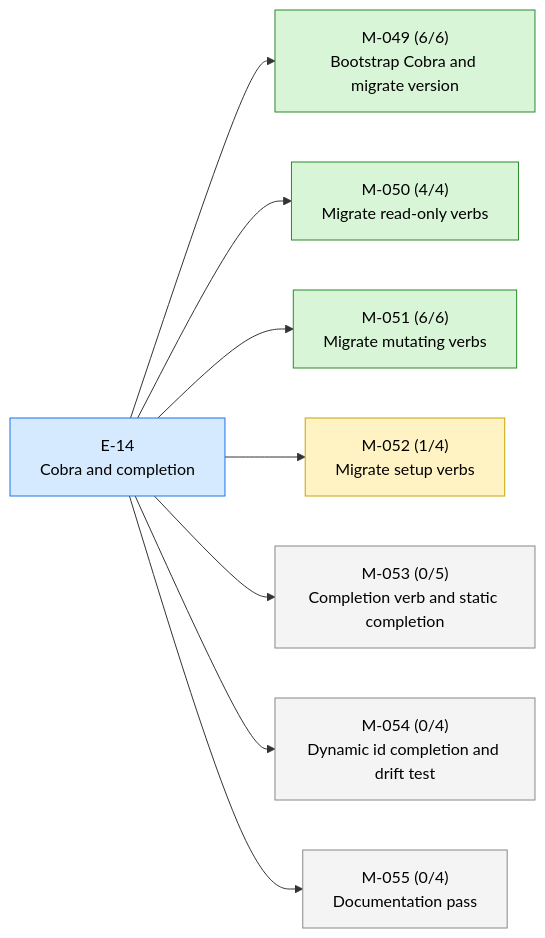
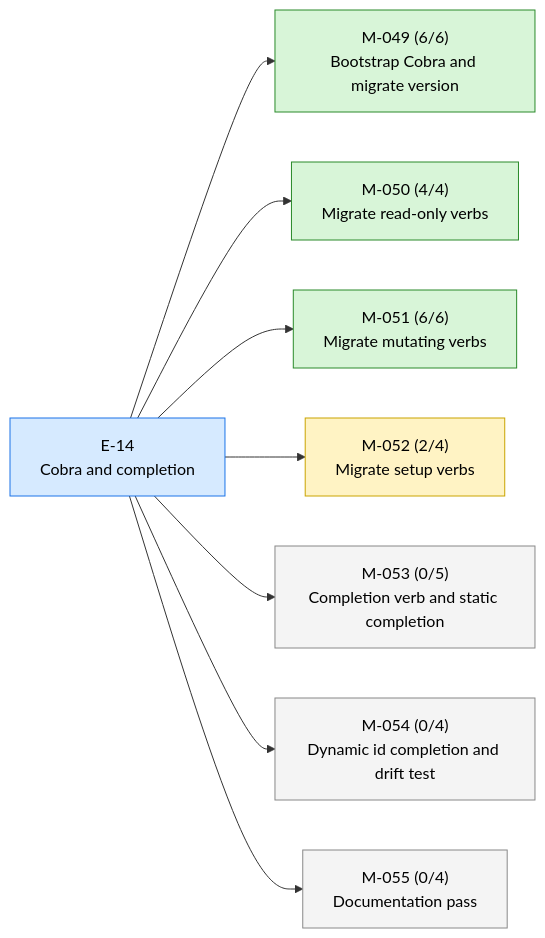
Before and after one commit to 23min/aiwf: the first of 2 diagrams in STATUS.md, drawn with Mermaid. The commit also changed other lines of this file and 1 other file, not shown here.

````diff
--- a/STATUS.md
+++ b/STATUS.md
@@ -17,24 +17,24 @@
 ```mermaid
 flowchart LR
   E_14["E-14<br/>Cobra and completion"]:::epic_active
   M_049["M-049 (6/6)<br/>Bootstrap Cobra and migrate version"]:::ms_done
   E_14 --> M_049
   M_050["M-050 (4/4)<br/>Migrate read-only verbs"]:::ms_done
   E_14 --> M_050
   M_051["M-051 (6/6)<br/>Migrate mutating verbs"]:::ms_done
   E_14 --> M_051
-  M_052["M-052 (1/4)<br/>Migrate setup verbs"]:::ms_in_progress
+  M_052["M-052 (2/4)<br/>Migrate setup verbs"]:::ms_in_progress
   E_14 --> M_052
   M_053["M-053 (0/5)<br/>Completion verb and static completion"]:::ms_draft
   E_14 --> M_053
   M_054["M-054 (0/4)<br/>Dynamic id completion and drift test"]:::ms_draft
   E_14 --> M_054
   M_055["M-055 (0/4)<br/>Documentation pass"]:::ms_draft
   E_14 --> M_055
   classDef epic_active fill:#d6eaff,stroke:#1a73e8,color:#000
   classDef epic_proposed fill:#f4f4f4,stroke:#888,color:#000
   classDef ms_done fill:#d8f5d8,stroke:#2a8a2a,color:#000
   classDef ms_in_progress fill:#fff3c4,stroke:#caa400,color:#000
   classDef ms_draft fill:#f4f4f4,stroke:#888,color:#000
   classDef ms_cancelled fill:#fbeaea,stroke:#c33,color:#000
 ```
````
